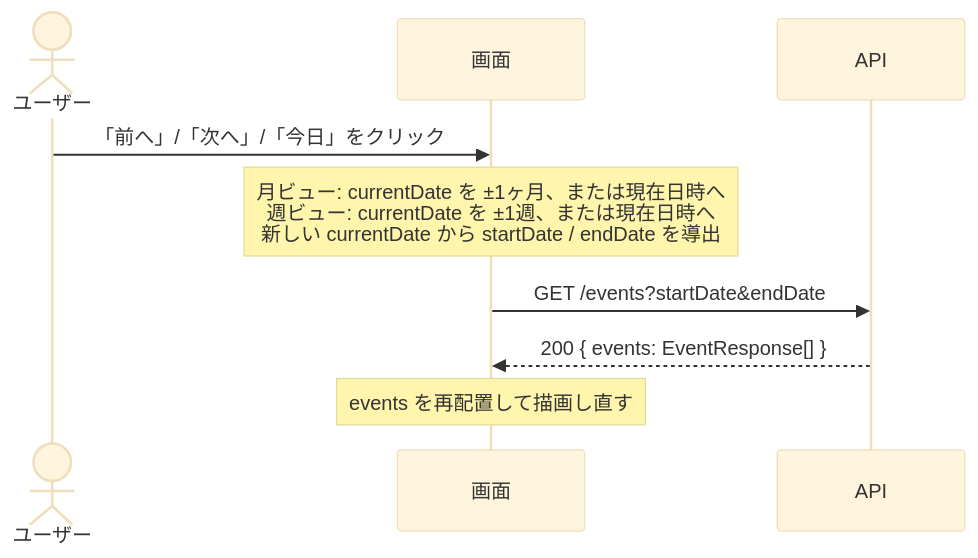
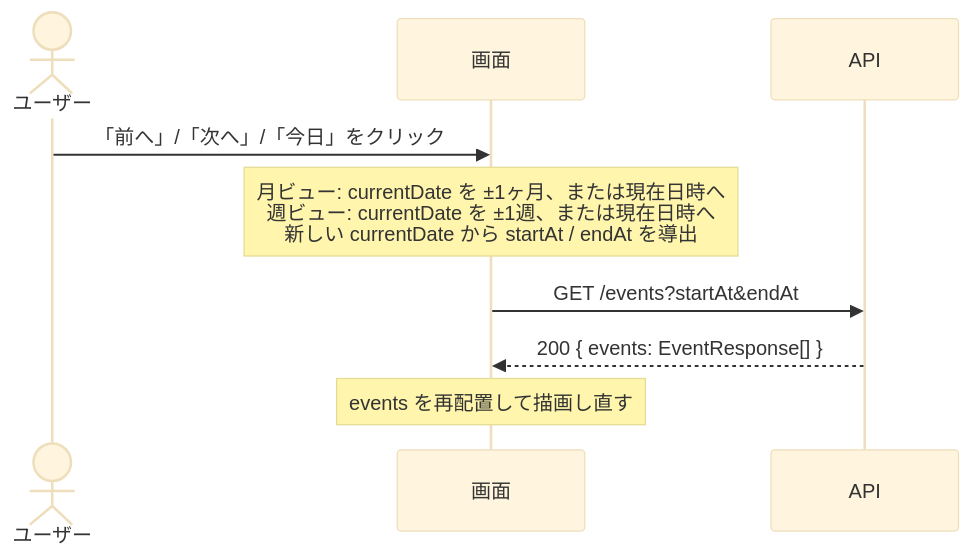
Before and after one commit to Haya372/ai-trial: the third of 5 diagrams in docs/spec/SPEC-002-calendar-view.md, drawn with Mermaid (base theme). The commit also changed other lines of this file and 1 other file, not shown here.

Commit message:
docs: Update GET /events query to UTC datetime range in SPEC-002

````diff
--- a/docs/spec/SPEC-002-calendar-view.md
+++ b/docs/spec/SPEC-002-calendar-view.md
@@ -173,11 +176,11 @@
 ```mermaid
 sequenceDiagram
     actor User as ユーザー
     participant UI as 画面
     participant API as API
     User->>UI: 「前へ」/「次へ」/「今日」をクリック
-    Note over UI: 月ビュー: currentDate を ±1ヶ月、または現在日時へ<br/>週ビュー: currentDate を ±1週、または現在日時へ<br/>新しい currentDate から startDate / endDate を導出
-    UI->>API: GET /events?startDate&endDate
+    Note over UI: 月ビュー: currentDate を ±1ヶ月、または現在日時へ<br/>週ビュー: currentDate を ±1週、または現在日時へ<br/>新しい currentDate から startAt / endAt を導出
+    UI->>API: GET /events?startAt&endAt
     API-->>UI: 200 { events: EventResponse[] }
     Note over UI: events を再配置して描画し直す
 ```
````
